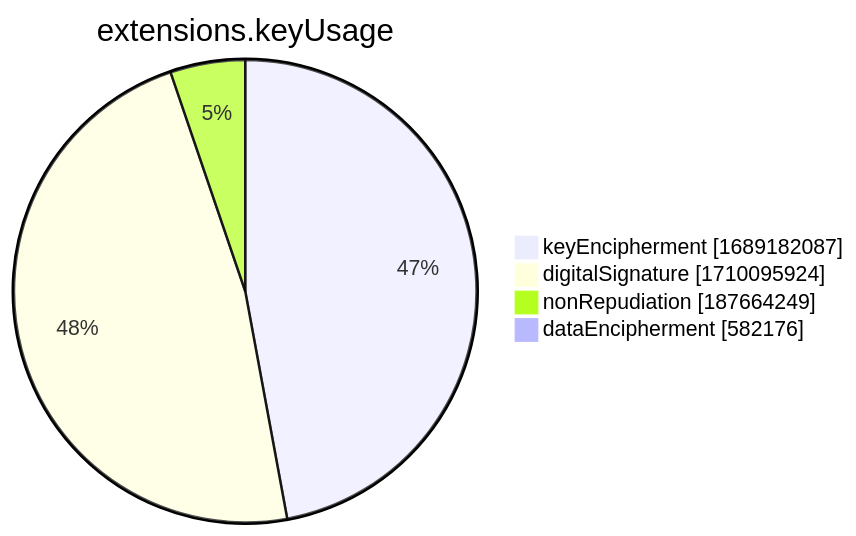
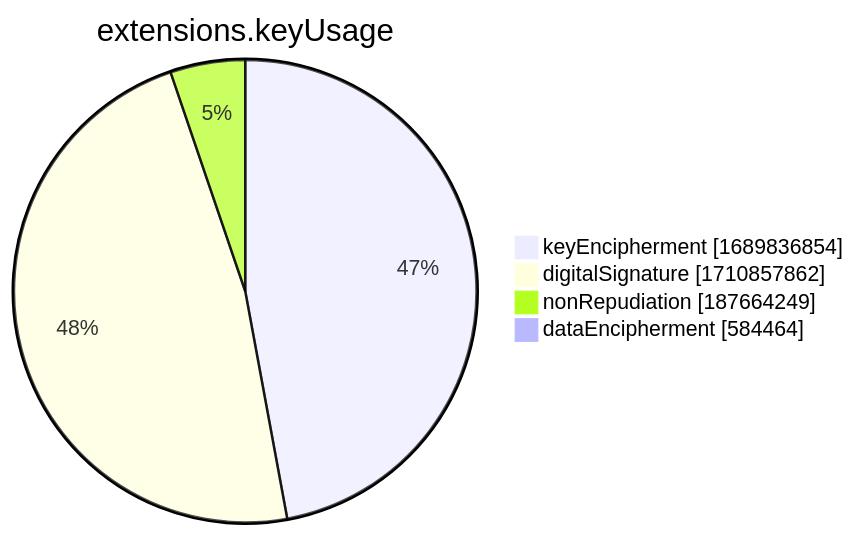
The seventh of 15 diagrams in xenon2022/README.md (christiankrug/ctmonitor_visualization), drawn with Mermaid before and after one commit. The commit also changed other lines of this file, not shown here.

````diff
--- a/xenon2022/README.md
+++ b/xenon2022/README.md
@@ -2858,8 +2858,8 @@
 ```mermaid
 pie showData
 title extensions.keyUsage
-"keyEncipherment" :1689182087
-"digitalSignature" :1710095924
+"keyEncipherment" :1689836854
+"digitalSignature" :1710857862
 "nonRepudiation" :187664249
-"dataEncipherment" :582176
+"dataEncipherment" :584464
 ```
````
